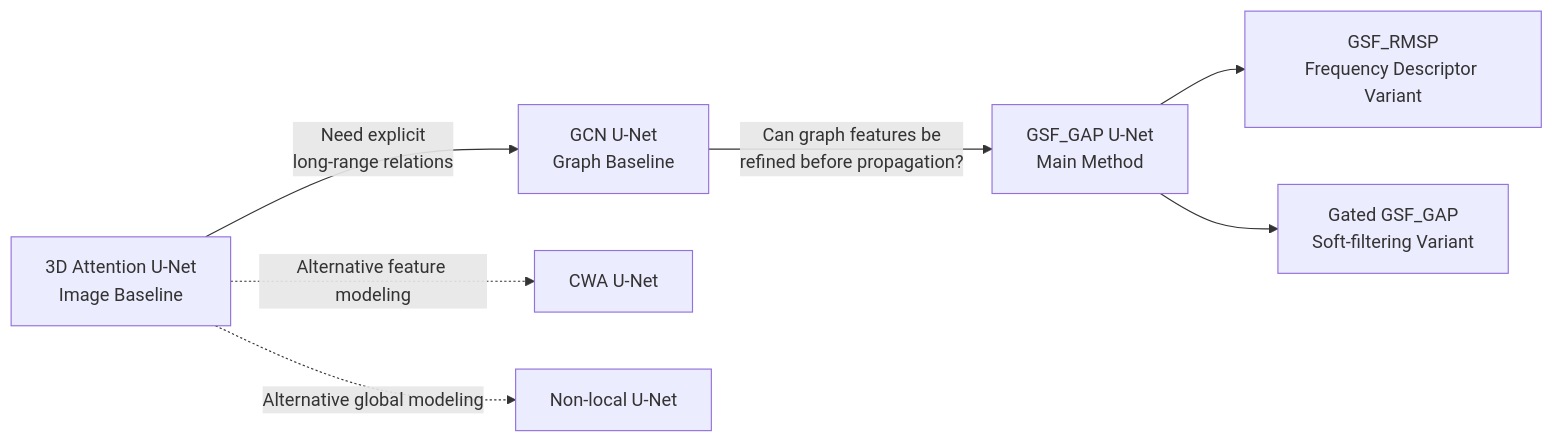
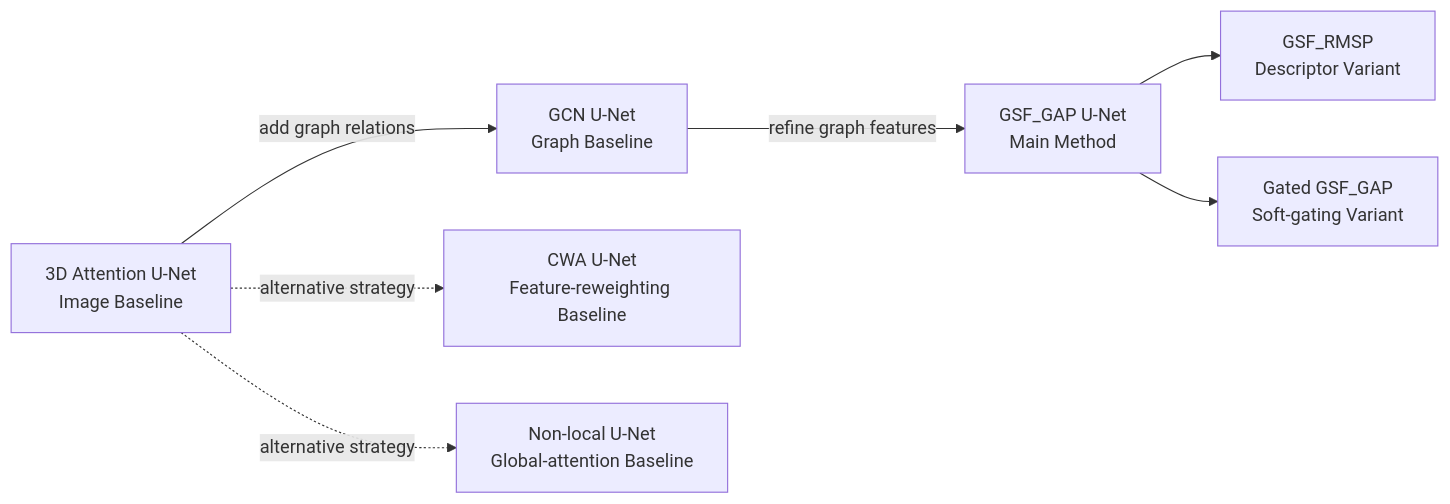
Before and after one commit to ChengYuChing/3D-DLimage-segmentation: the second of 2 diagrams in README.md, drawn with Mermaid. The commit also changed other lines of this file, not shown here.

````diff
--- a/README.md
+++ b/README.md
@@ -212,14 +127,17 @@
 ```mermaid
 flowchart LR
     A["3D Attention U-Net<br/>Image Baseline"]
+    B["GCN U-Net<br/>Graph Baseline"]
+    C["GSF_GAP U-Net<br/>Main Method"]
+    D["GSF_RMSP<br/>Descriptor Variant"]
+    E["Gated GSF_GAP<br/>Soft-gating Variant"]
+    F["CWA U-Net<br/>Feature-reweighting Baseline"]
+    G["Non-local U-Net<br/>Global-attention Baseline"]
 
-    A -->|"Need explicit<br/>long-range relations"| B["GCN U-Net<br/>Graph Baseline"]
-
-    B -->|"Can graph features be<br/>refined before propagation?"| C["GSF_GAP U-Net<br/>Main Method"]
-
-    C --> D["GSF_RMSP<br/>Frequency Descriptor Variant"]
-    C --> E["Gated GSF_GAP<br/>Soft-filtering Variant"]
-
-    A -. "Alternative feature modeling" .-> F["CWA U-Net"]
-    A -. "Alternative global modeling" .-> G["Non-local U-Net"]
+    A -->|"add graph relations"| B
+    B -->|"refine graph features"| C
+    C --> D
+    C --> E
+    A -. "alternative strategy" .-> F
+    A -. "alternative strategy" .-> G
 ```
````
